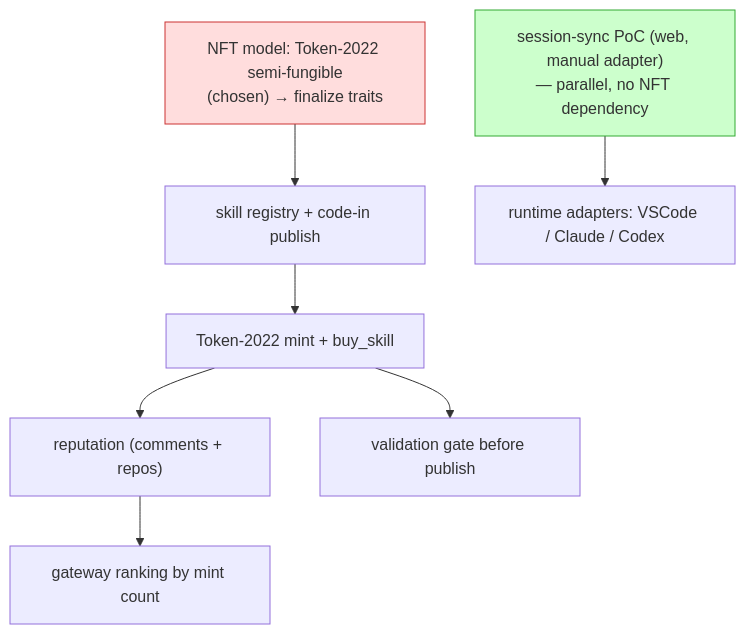
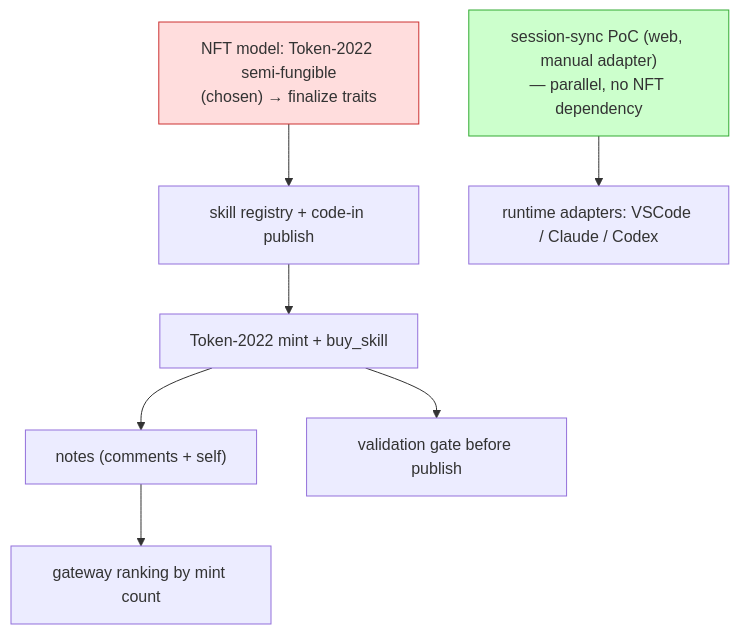
Before and after one commit to IQCoreTeam/AgentNet: the third of 3 diagrams in plans/00-overview.md, drawn with Mermaid. The commit also changed other lines of this file and 8 other files, not shown here.

First line of the commit message:
Add coding-info (modules→files→steps), workflow-nft, runtime wrapper; rename reputation→notes

````diff
--- a/plans/00-overview.md
+++ b/plans/00-overview.md
@@ -212,12 +217,12 @@
 ```mermaid
 flowchart TB
     D["NFT model: Token-2022 semi-fungible<br/>(chosen) → finalize traits"] --> P1
     SS["session-sync PoC (web, manual adapter)<br/>— parallel, no NFT dependency"]
     P1["skill registry + code-in publish"] --> P2["Token-2022 mint + buy_skill"]
-    P2 --> P3["reputation (comments + repos)"]
+    P2 --> P3["notes (comments + self)"]
     P2 --> P4["validation gate before publish"]
     SS --> R1["runtime adapters: VSCode / Claude / Codex"]
     P3 --> RANK["gateway ranking by mint count"]
     style D fill:#fdd,stroke:#c33
     style SS fill:#cfc,stroke:#3a3
 ```
````
